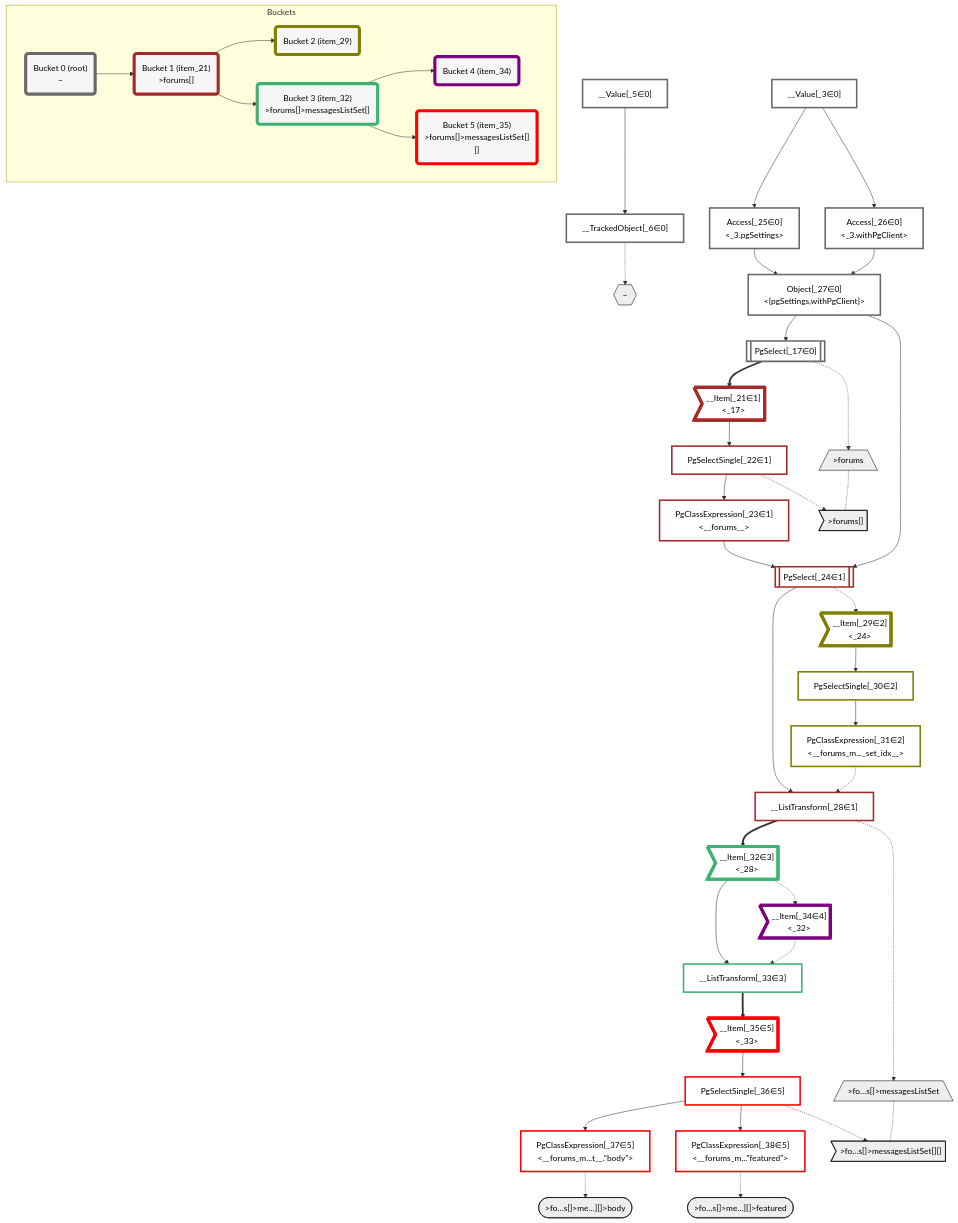
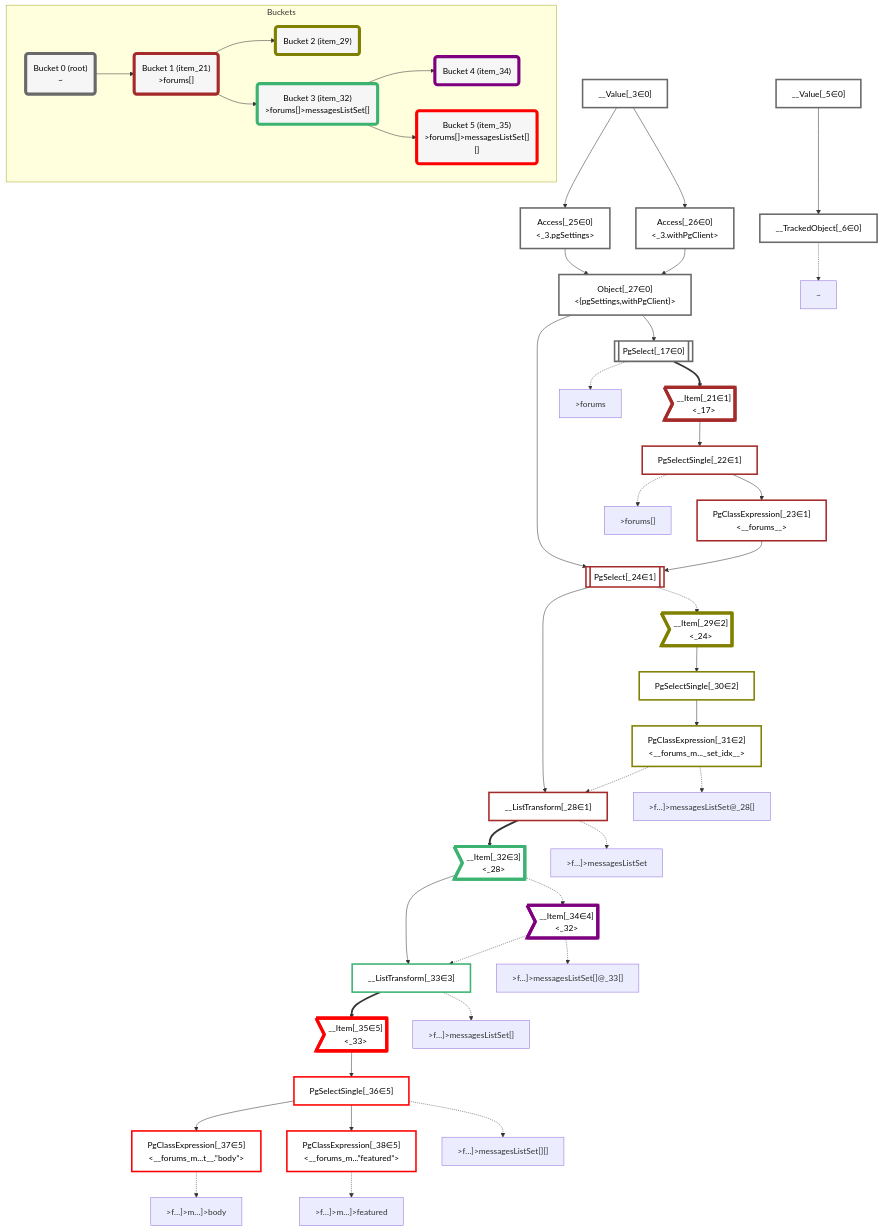
The diagram in packages/dataplan-pg/__tests__/queries/functions/computed-column-forums-messages-list-set.deopt.mermaid.md (graphile/crystal), drawn with Mermaid before and after one commit. The commit also changed 195 other files, not shown here.

```diff
--- a/packages/dataplan-pg/__tests__/queries/functions/computed-column-forums-messages-list-set.deopt.mermaid.md
+++ b/packages/dataplan-pg/__tests__/queries/functions/computed-column-forums-messages-list-set.deopt.mermaid.md
@@ -6,21 +6,6 @@
     classDef sideeffectplan fill:#f00,stroke-width:6px,color:#000
     classDef bucket fill:#f6f6f6,color:#000,stroke-width:6px
 
-    %% subgraph fields
-    P1{{"~"}}:::path
-    P2[/">forums"\]:::path
-    P3>">forums[]"]:::path
-    P2 -.- P3
-    P4[/">fo…s[]>messagesListSet"\]:::path
-    P5>">fo…s[]>messagesListSet[][]"]:::path
-    P4 -.- P5
-    P6([">fo…s[]>me…][]>body"]):::path
-    %% P5 -.-> P6
-    P7([">fo…s[]>me…][]>featured"]):::path
-    %% P5 -.-> P7
-    %% P3 -.-> P4
-    %% P1 -.-> P2
-    %% end
 
     %% define plans
     __Value_3["__Value[_3∈0]<br /><context>"]:::plan
@@ -43,8 +28,8 @@
     __Item_34>"__Item[_34∈4]<br /><_32>"]:::itemplan
     __Item_35>"__Item[_35∈5]<br /><_33>"]:::itemplan
     PgSelectSingle_36["PgSelectSingle[_36∈5]<br /><forums_messages_list_set>"]:::plan
-    PgClassExpression_37["PgClassExpression[_37∈5]<br /><__forums_m...t__.#quot;body#quot;>"]:::plan
-    PgClassExpression_38["PgClassExpression[_38∈5]<br /><__forums_m...#quot;featured#quot;>"]:::plan
+    PgClassExpression_37["PgClassExpression[_37∈5]<br /><__forums_m...t__.”body”>"]:::plan
+    PgClassExpression_38["PgClassExpression[_38∈5]<br /><__forums_m...”featured”>"]:::plan
 
     %% plan dependencies
     __Value_5 --> __TrackedObject_6
@@ -73,13 +58,26 @@
     PgSelectSingle_36 --> PgClassExpression_38
 
     %% plan-to-path relationships
+    P1["~"]
     __TrackedObject_6 -.-> P1
+    P2[">forums"]
     PgSelect_17 -.-> P2
+    P3[">forums[]"]
     PgSelectSingle_22 -.-> P3
-    __ListTransform_28 -.-> P4
-    PgSelectSingle_36 -.-> P5
-    PgClassExpression_37 -.-> P6
-    PgClassExpression_38 -.-> P7
+    P4[">f…]>messagesListSet@_28[]"]
+    PgClassExpression_31 -.-> P4
+    P5[">f…]>messagesListSet"]
+    __ListTransform_28 -.-> P5
+    P6[">f…]>messagesListSet[]@_33[]"]
+    __Item_34 -.-> P6
+    P7[">f…]>messagesListSet[]"]
+    __ListTransform_33 -.-> P7
+    P8[">f…]>messagesListSet[][]"]
+    PgSelectSingle_36 -.-> P8
+    P9[">f…]>m…]>body"]
+    PgClassExpression_37 -.-> P9
+    P10[">f…]>m…]>featured"]
+    PgClassExpression_38 -.-> P10
 
     %% allocate buckets
     classDef bucket0 stroke:#696969
```
